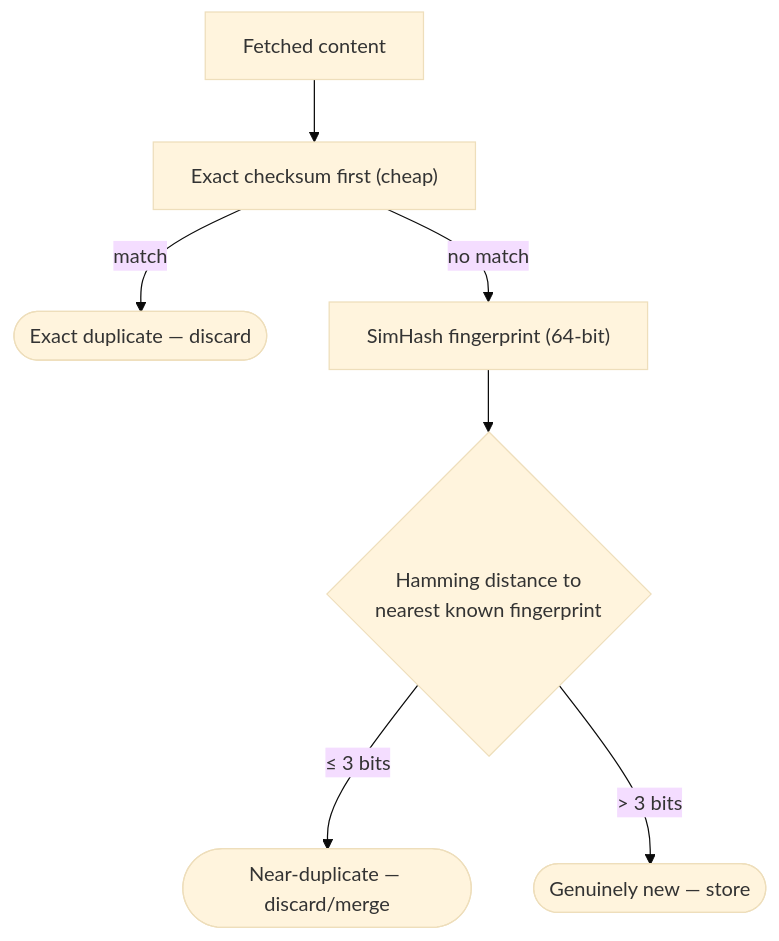
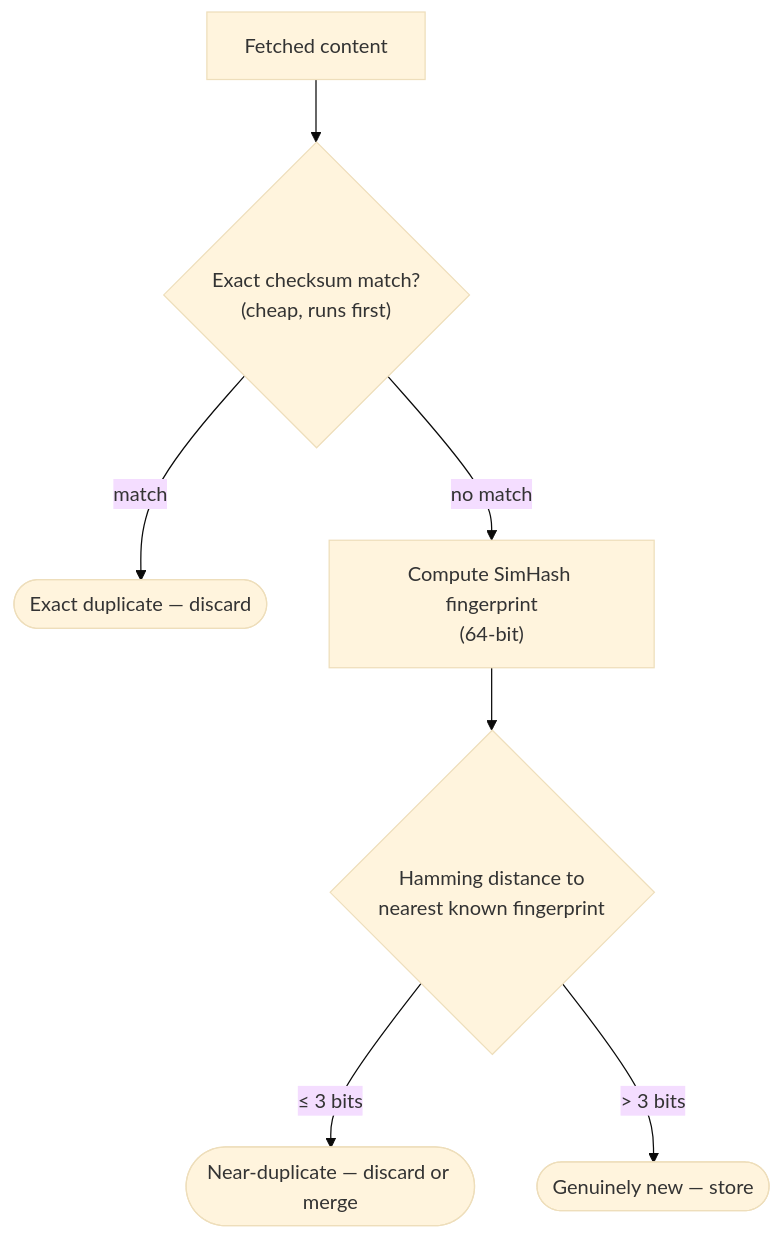
Before and after one commit to riyaz-pasha/Learnings: the fourth of 16 diagrams in system-design/HLD/0-course/35-Web-Crawler-FAANG-Guide-story.md, drawn with Mermaid (base theme). The commit also changed other lines of this file and 5 other files, not shown here.

Commit message:
[REWRITE] Design Newsfeed story guide: simplify prose, add structure, fix diagrams

````diff
--- a/system-design/HLD/0-course/35-Web-Crawler-FAANG-Guide-story.md
+++ b/system-design/HLD/0-course/35-Web-Crawler-FAANG-Guide-story.md
@@ -87,9 +268,9 @@
 ```mermaid
 flowchart TD
-    A["Fetched content"] --> Ex["Exact checksum first (cheap)"]
+    A["Fetched content"] --> Ex{"Exact checksum match?<br/>(cheap, runs first)"}
     Ex -->|match| Discard1(["Exact duplicate — discard"])
-    Ex -->|no match| Sim["SimHash fingerprint (64-bit)"]
-    Sim --> Cmp{"Hamming distance to\nnearest known fingerprint"}
-    Cmp -->|"≤ 3 bits"| Discard2(["Near-duplicate — discard/merge"])
+    Ex -->|no match| Sim["Compute SimHash fingerprint<br/>(64-bit)"]
+    Sim --> Cmp{"Hamming distance to<br/>nearest known fingerprint"}
+    Cmp -->|"≤ 3 bits"| Discard2(["Near-duplicate — discard or merge"])
     Cmp -->|"> 3 bits"| Keep(["Genuinely new — store"])
 ```
````
